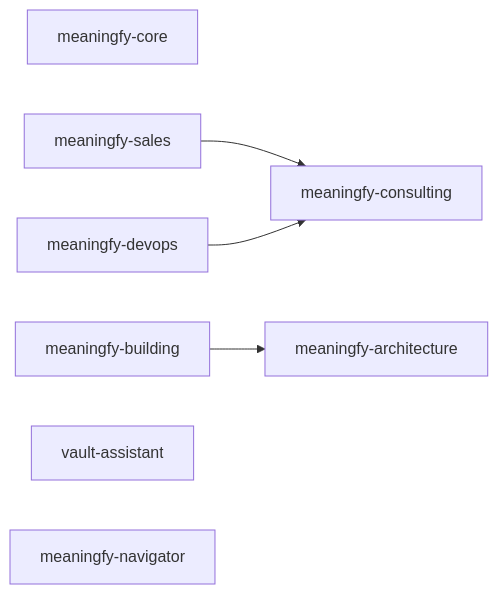
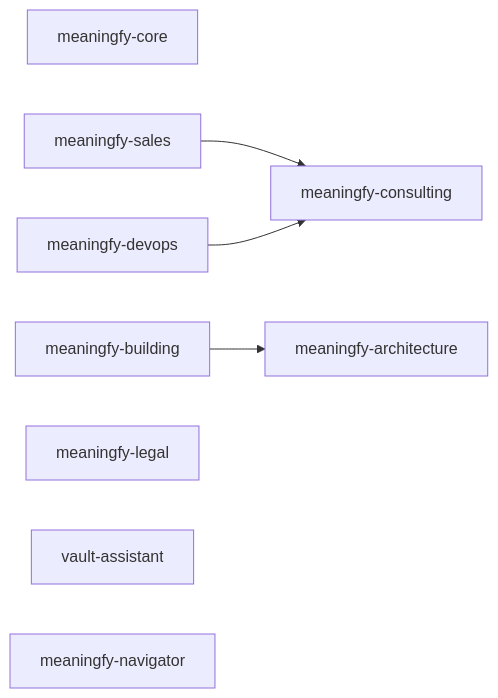
One commit to meaningfy-ws/skillery changed the second of 3 diagrams in docs/skill-inventory.md. Above: the diagram before and after it, drawn with Mermaid. The commit also changed other lines of this file and 114 other files, not shown here.

````diff
--- a/docs/skill-inventory.md
+++ b/docs/skill-inventory.md
@@ -274,14 +316,15 @@
 ```mermaid
 flowchart LR
   b_meaningfy_core["meaningfy-core"]
   b_meaningfy_consulting["meaningfy-consulting"]
   b_meaningfy_sales["meaningfy-sales"]
   b_meaningfy_architecture["meaningfy-architecture"]
   b_meaningfy_building["meaningfy-building"]
   b_meaningfy_devops["meaningfy-devops"]
+  b_meaningfy_legal["meaningfy-legal"]
   b_vault_assistant["vault-assistant"]
   b_meaningfy_navigator["meaningfy-navigator"]
   b_meaningfy_sales --> b_meaningfy_consulting
   b_meaningfy_building --> b_meaningfy_architecture
   b_meaningfy_devops --> b_meaningfy_consulting
 ```
````
